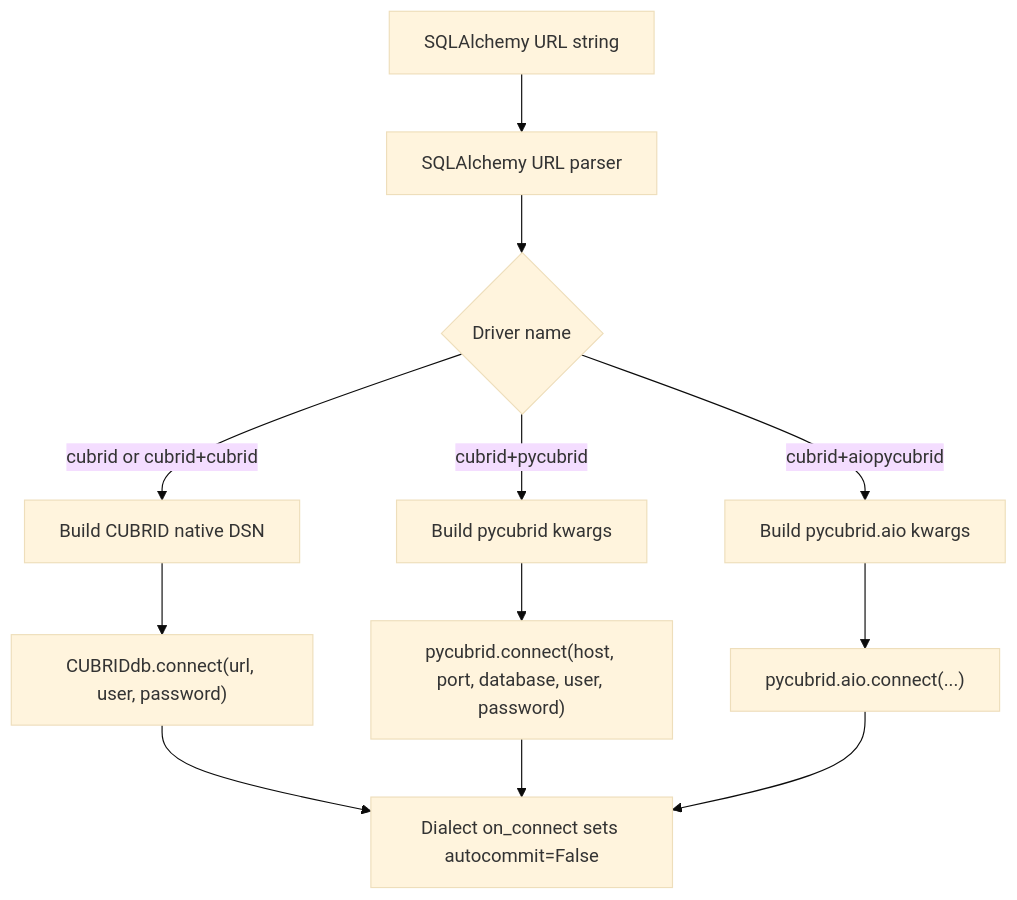
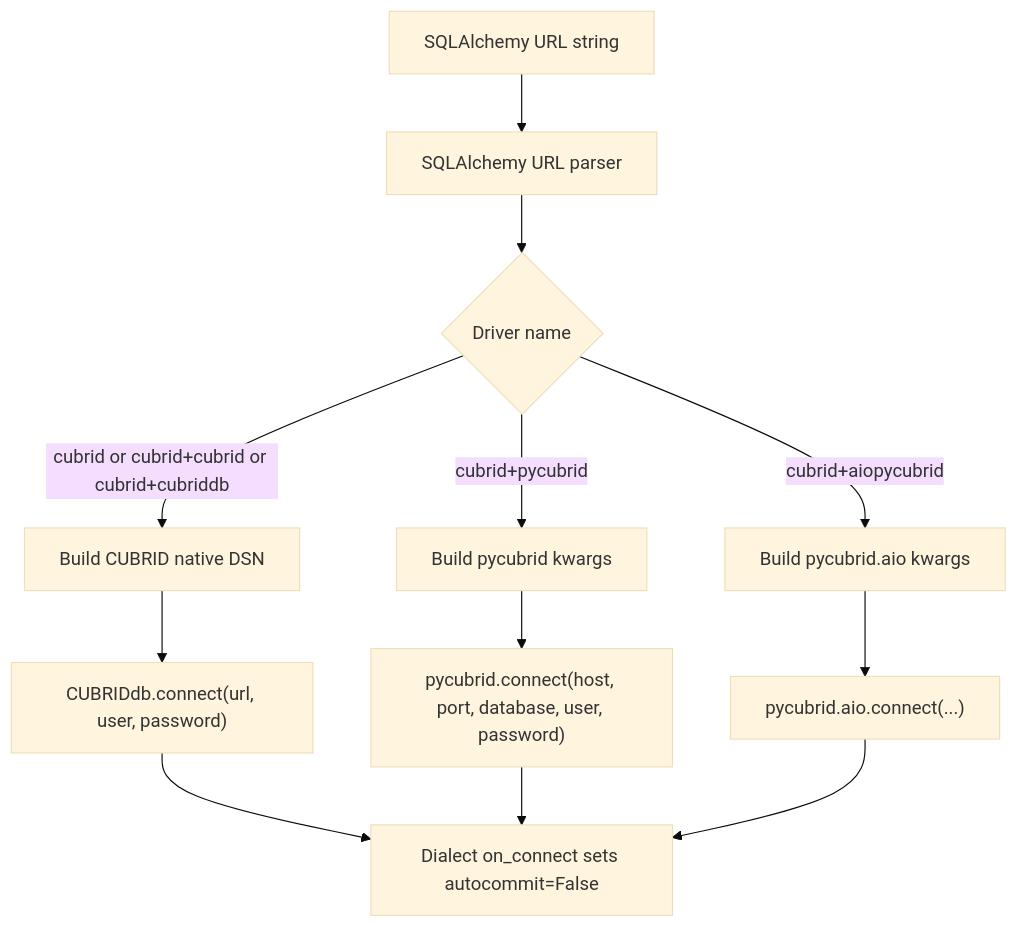
Before and after one commit to cubrid-lab/sqlalchemy-cubrid: the diagram in docs/CONNECTION.md, drawn with Mermaid (base theme). The commit also changed other lines of this file and 6 other files, not shown here.

First line of the commit message:
fix: keep cubrid:// on CUBRIDdb, drop 2.0-flip promise, recommend pycubrid (#276) (#304)

````diff
--- a/docs/CONNECTION.md
+++ b/docs/CONNECTION.md
@@ -450,14 +456,14 @@
 ```mermaid
 flowchart TD
     input[SQLAlchemy URL string] --> parse[SQLAlchemy URL parser]
     parse --> check{Driver name}
-    check -->|cubrid or cubrid+cubrid| cext[Build CUBRID native DSN]
+    check -->|cubrid or cubrid+cubrid or cubrid+cubriddb| cext[Build CUBRID native DSN]
     check -->|cubrid+pycubrid| pykw[Build pycubrid kwargs]
     check -->|cubrid+aiopycubrid| aio[Build pycubrid.aio kwargs]
     cext --> connect1["CUBRIDdb.connect(url, user, password)"]
     pykw --> connect2["pycubrid.connect(host, port, database, user, password)"]
     aio --> connect3["pycubrid.aio.connect(...)"]
     connect1 --> session[Dialect on_connect sets autocommit=False]
     connect2 --> session
     connect3 --> session
 ```
````
